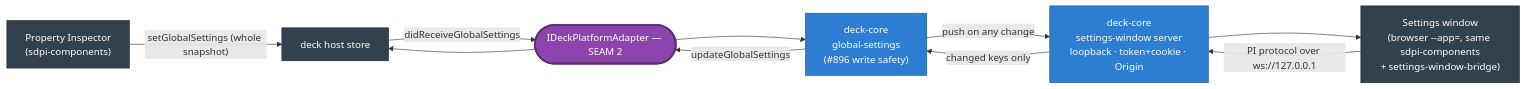
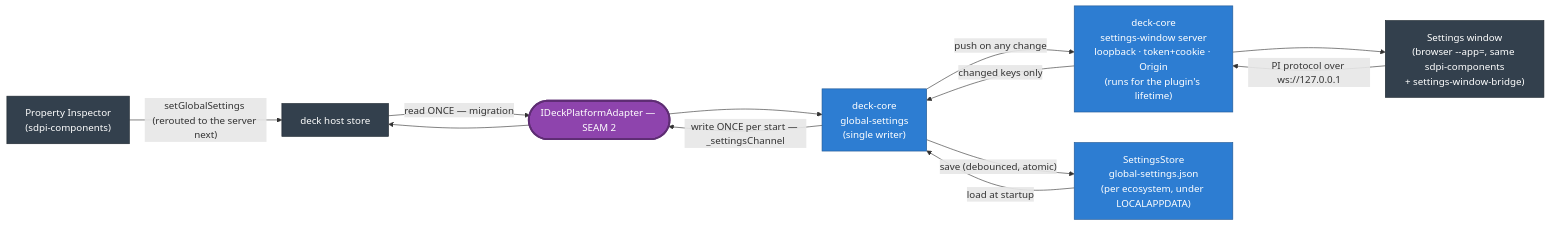
One commit to niklam/iracedeck changed the fourth of 6 diagrams in packages/website/src/content/docs/docs/development/architecture.md. Above: the diagram before and after it, drawn with Mermaid. The commit also changed other lines of this file and 10 other files, not shown here.

Commit message:
docs(settings): plugin-owned store — rules, changelog, architecture, feature page (#993)

````diff
--- a/packages/website/src/content/docs/docs/development/architecture.md
+++ b/packages/website/src/content/docs/docs/development/architecture.md
@@ -150,23 +150,26 @@
 ```mermaid
 flowchart LR
   pi["Property Inspector<br/>(sdpi-components)"]:::ext
   win["Settings window<br/>(browser --app=, same sdpi-components<br/>+ settings-window-bridge)"]:::ext
-  srv["deck-core<br/>settings-window server<br/>loopback · token+cookie · Origin"]:::core
-  gs["deck-core<br/>global-settings<br/>(#896 write safety)"]:::core
+  srv["deck-core<br/>settings-window server<br/>loopback · token+cookie · Origin<br/>(runs for the plugin's lifetime)"]:::core
+  gs["deck-core<br/>global-settings<br/>(single writer)"]:::core
+  store["SettingsStore<br/>global-settings.json<br/>(per ecosystem, under LOCALAPPDATA)"]:::core
   core(["IDeckPlatformAdapter — SEAM 2"]):::seam
   host["deck host store"]:::ext
 
-  pi -->|"setGlobalSettings (whole snapshot)"| host
-  host -->|"didReceiveGlobalSettings"| core
-  core --> gs
   win -->|"PI protocol over ws://127.0.0.1"| srv
   srv -->|"changed keys only"| gs
-  gs -->|"updateGlobalSettings"| core
-  core --> host
+  gs -->|"save (debounced, atomic)"| store
+  store -->|"load at startup"| gs
   gs -->|"push on any change"| srv
   srv --> win
+  host -->|"read ONCE — migration"| core
+  core --> gs
+  gs -->|"write ONCE per start — _settingsChannel"| core
+  core --> host
+  pi -->|"setGlobalSettings (rerouted to the server next)"| host
 
   classDef ext fill:#33404d,color:#fff,stroke:#1d262e;
   classDef seam fill:#8e44ad,color:#fff,stroke:#5e2d73,stroke-width:3px;
   classDef core fill:#2d7dd2,color:#fff,stroke:#1f5793;
 ```
````
